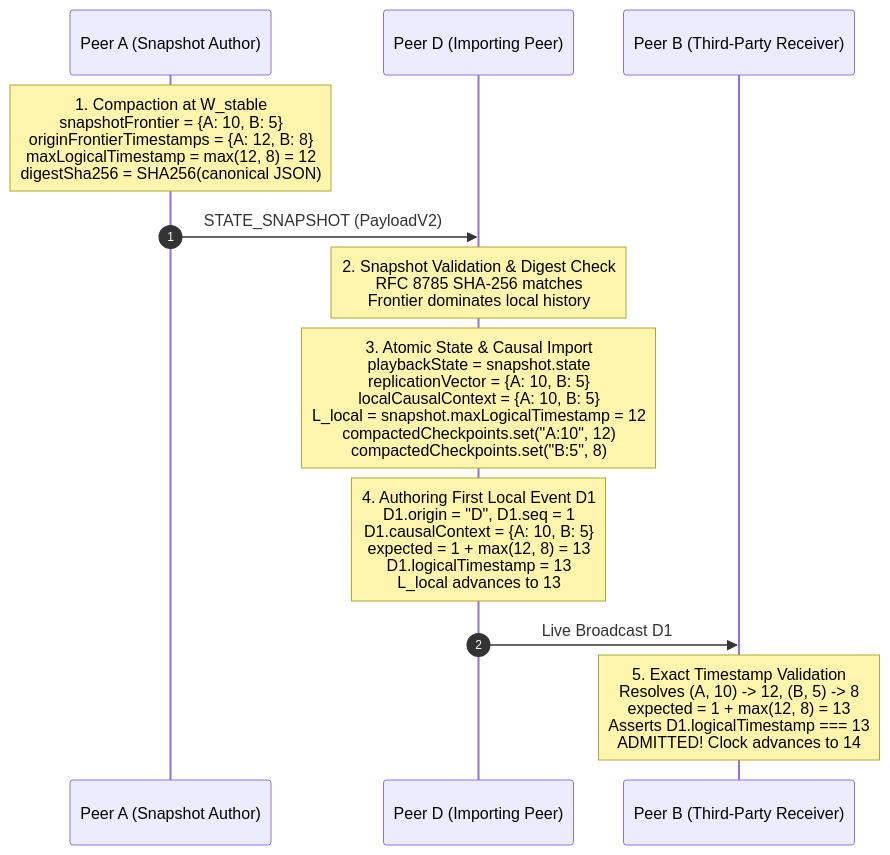
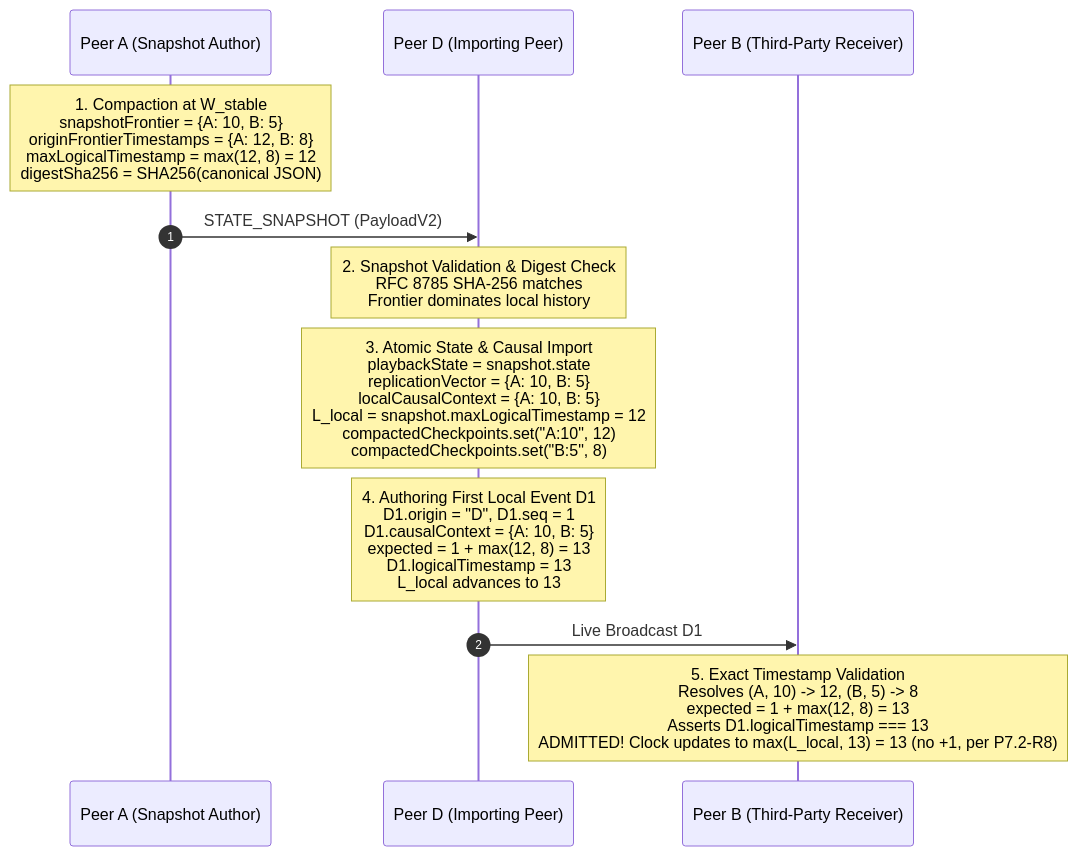
One commit to Tejdeepakchandra/SyncPlay_Protocol changed the diagram in docs/PHASE7_2_R7_FINAL_CORRECTIONS.md. Above: the diagram before and after it, drawn with Mermaid. The commit also changed other lines of this file and 8 other files, not shown here.

Commit message:
docs(phase-7.2): complete P7.2-R8 receive-side clock correction and exact event creation consistency

````diff
--- a/docs/PHASE7_2_R7_FINAL_CORRECTIONS.md
+++ b/docs/PHASE7_2_R7_FINAL_CORRECTIONS.md
@@ -45,18 +50,18 @@
 ```mermaid
 sequenceDiagram
     autonumber
     participant Author as Peer A (Snapshot Author)
     participant Rejoining as Peer D (Importing Peer)
     participant Receiver as Peer B (Third-Party Receiver)
 
     Note over Author: 1. Compaction at W_stable<br/>snapshotFrontier = {A: 10, B: 5}<br/>originFrontierTimestamps = {A: 12, B: 8}<br/>maxLogicalTimestamp = max(12, 8) = 12<br/>digestSha256 = SHA256(canonical JSON)
     Author->>Rejoining: STATE_SNAPSHOT (PayloadV2)
 
     Note over Rejoining: 2. Snapshot Validation & Digest Check<br/>RFC 8785 SHA-256 matches<br/>Frontier dominates local history
     Note over Rejoining: 3. Atomic State & Causal Import<br/>playbackState = snapshot.state<br/>replicationVector = {A: 10, B: 5}<br/>localCausalContext = {A: 10, B: 5}<br/>L_local = snapshot.maxLogicalTimestamp = 12<br/>compactedCheckpoints.set("A:10", 12)<br/>compactedCheckpoints.set("B:5", 8)
 
     Note over Rejoining: 4. Authoring First Local Event D1<br/>D1.origin = "D", D1.seq = 1<br/>D1.causalContext = {A: 10, B: 5}<br/>expected = 1 + max(12, 8) = 13<br/>D1.logicalTimestamp = 13<br/>L_local advances to 13
     Rejoining->>Receiver: Live Broadcast D1
 
-    Note over Receiver: 5. Exact Timestamp Validation<br/>Resolves (A, 10) -> 12, (B, 5) -> 8<br/>expected = 1 + max(12, 8) = 13<br/>Asserts D1.logicalTimestamp === 13<br/>ADMITTED! Clock advances to 14
+    Note over Receiver: 5. Exact Timestamp Validation<br/>Resolves (A, 10) -> 12, (B, 5) -> 8<br/>expected = 1 + max(12, 8) = 13<br/>Asserts D1.logicalTimestamp === 13<br/>ADMITTED! Clock updates to max(L_local, 13) = 13 (no +1, per P7.2-R8)
 ```
````
